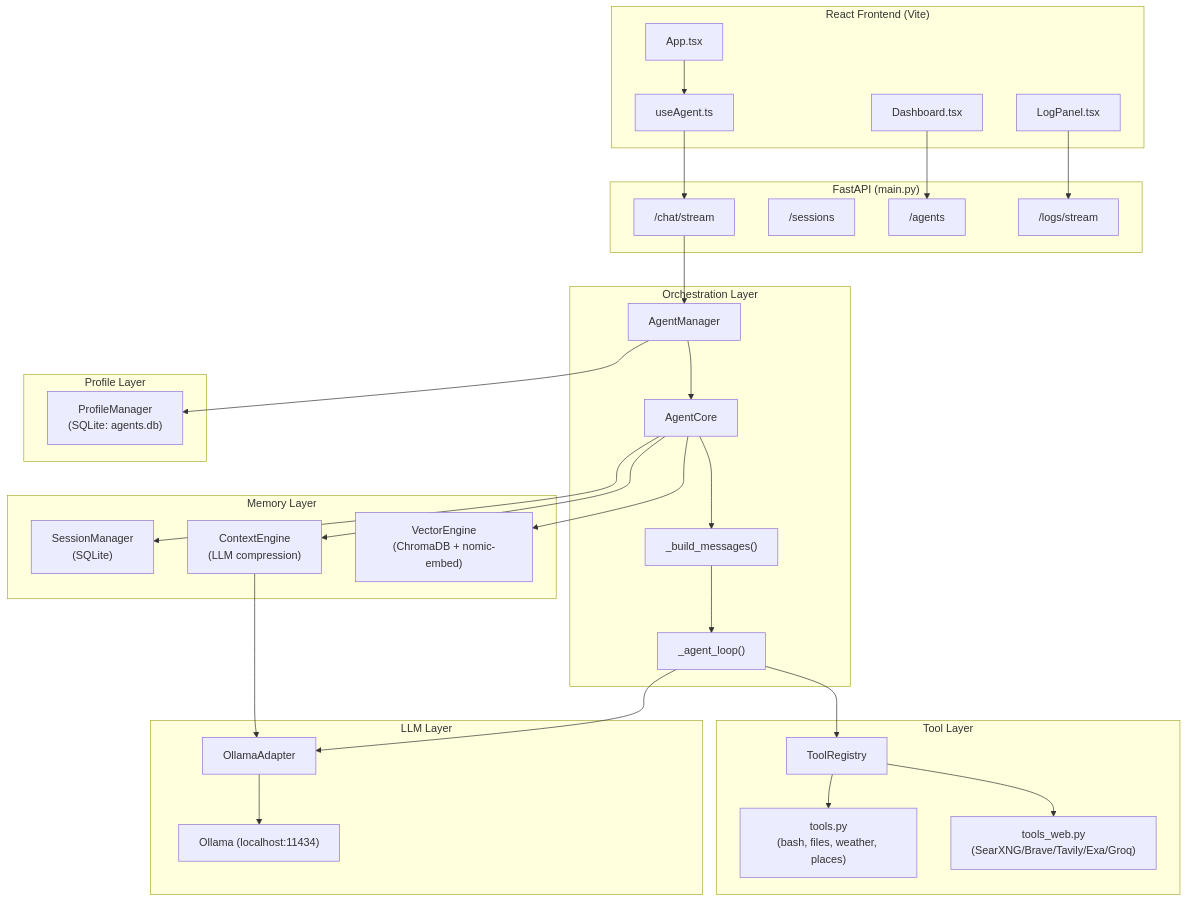
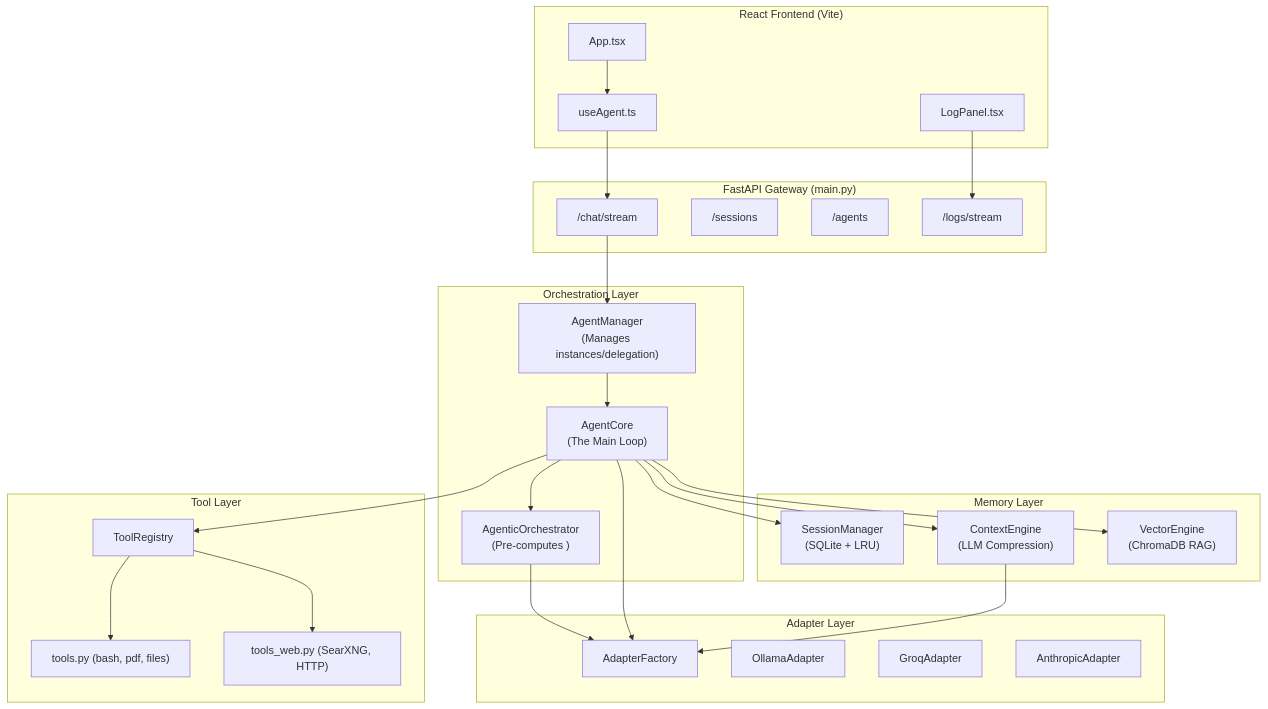
The diagram in architecture_analysis.md (theshovonsaha/shovsai), drawn with Mermaid before and after one commit. The commit also changed other lines of this file and 35 other files, not shown here.

````diff
--- a/architecture_analysis.md
+++ b/architecture_analysis.md
@@ -20,59 +21,54 @@
 ```mermaid
 graph TB
     subgraph Frontend ["React Frontend (Vite)"]
         UI["App.tsx"]
         Hook["useAgent.ts"]
-        Dashboard["Dashboard.tsx"]
         Logs["LogPanel.tsx"]
     end
 
-    subgraph API ["FastAPI (main.py)"]
+    subgraph API ["FastAPI Gateway (main.py)"]
         Chat["/chat/stream"]
         Sessions["/sessions"]
         Agents["/agents"]
         LogRoute["/logs/stream"]
     end
 
-    subgraph Core ["Orchestration Layer"]
-        AM["AgentManager"]
-        AC["AgentCore"]
-        Loop["_agent_loop()"]
-        Build["_build_messages()"]
+    subgraph Orchestration ["Orchestration Layer"]
+        AM["AgentManager\n(Manages instances/delegation)"]
+        AC["AgentCore\n(The Main Loop)"]
+        Planner["AgenticOrchestrator\n(Pre-computes <plan>)"]
     end
 
     subgraph Memory ["Memory Layer"]
-        SM["SessionManager\n(SQLite)"]
-        CE["ContextEngine\n(LLM compression)"]
-        VE["VectorEngine\n(ChromaDB + nomic-embed)"]
+        SM["SessionManager\n(SQLite + LRU)"]
+        CE["ContextEngine\n(LLM Compression)"]
+        VE["VectorEngine\n(ChromaDB RAG)"]
     end
 
     subgraph Tools ["Tool Layer"]
         TR["ToolRegistry"]
-        TS["tools.py\n(bash, files, weather, places)"]
-        TW["tools_web.py\n(SearXNG/Brave/Tavily/Exa/Groq)"]
+        TS["tools.py (bash, pdf, files)"]
+        TW["tools_web.py (SearXNG, HTTP)"]
     end
 
-    subgraph LLM ["LLM Layer"]
-        OA["OllamaAdapter"]
-        Ollama["Ollama (localhost:11434)"]
-    end
-
-    subgraph Profiles ["Profile Layer"]
-        PM["ProfileManager\n(SQLite: agents.db)"]
+    subgraph Providers ["Adapter Layer"]
+        AD["AdapterFactory"]
+        OLL["OllamaAdapter"]
+        GRQ["GroqAdapter"]
+        ANT["AnthropicAdapter"]
     end
 
     UI --> Hook --> Chat
-    Dashboard --> Agents
     Logs --> LogRoute
 
-    Chat --> AM --> AC
-    AC --> Build --> Loop
-    Loop --> OA --> Ollama
-    Loop --> TR --> TS & TW
+    Chat --> AM
+    AM --> AC
+    AC --> Planner
+    Planner --> AD
+    AC --> AD
 
+    AC --> TR --> TS & TW
     AC --> SM
-    AC --> CE --> OA
+    AC --> CE --> AD
     AC --> VE
-
-    AM --> PM
 ```
````
